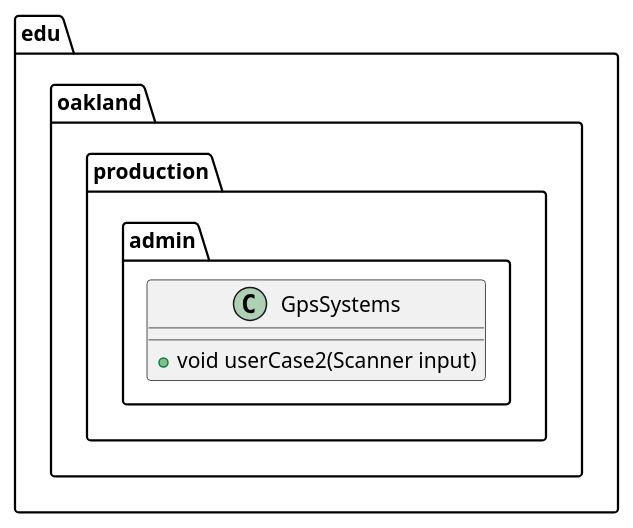
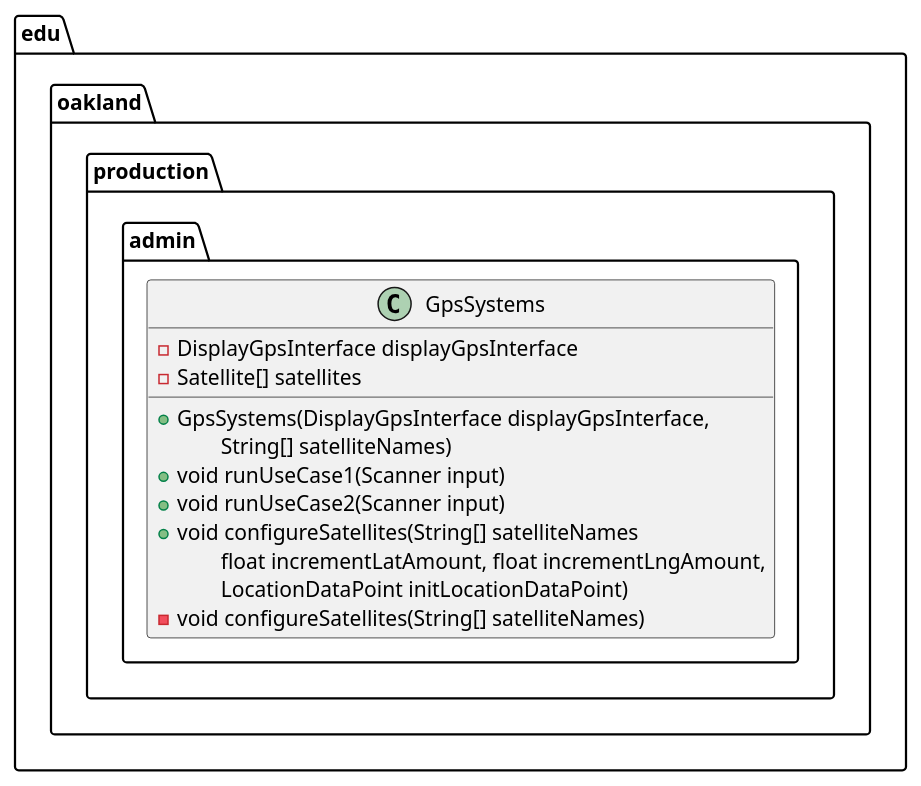
One commit to andrewdimmer/csi-3370-software-project changed the diagram in docs/uml-class-diagrams/admin/production/GpsSystem/GpsSystem.puml. Above: the diagram before and after it, drawn with PlantUML. The commit also changed 7 other files, not shown here.

```diff
--- a/docs/uml-class-diagrams/admin/production/GpsSystem/GpsSystem.puml
+++ b/docs/uml-class-diagrams/admin/production/GpsSystem/GpsSystem.puml
@@ -1,9 +1,19 @@
 @startuml GpsSystem
 
 package edu.oakland.production.admin {
     class GpsSystems {
-        + void userCase2(Scanner input)
+        - DisplayGpsInterface displayGpsInterface
+        - Satellite[] satellites
+        __
+        + GpsSystems(DisplayGpsInterface displayGpsInterface,
+        \tString[] satelliteNames)
+        + void runUseCase1(Scanner input)
+        + void runUseCase2(Scanner input)
+        + void configureSatellites(String[] satelliteNames
+        \tfloat incrementLatAmount, float incrementLngAmount,
+        \tLocationDataPoint initLocationDataPoint)
+        - void configureSatellites(String[] satelliteNames)
     }
 }
 
 @enduml
```
